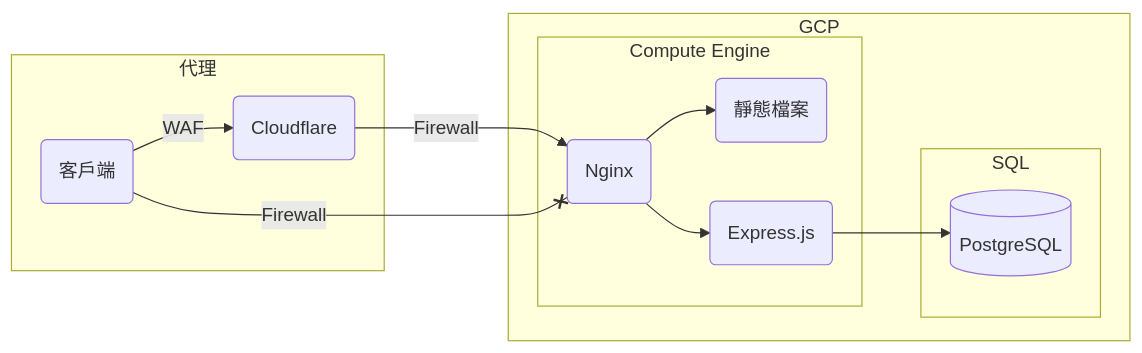
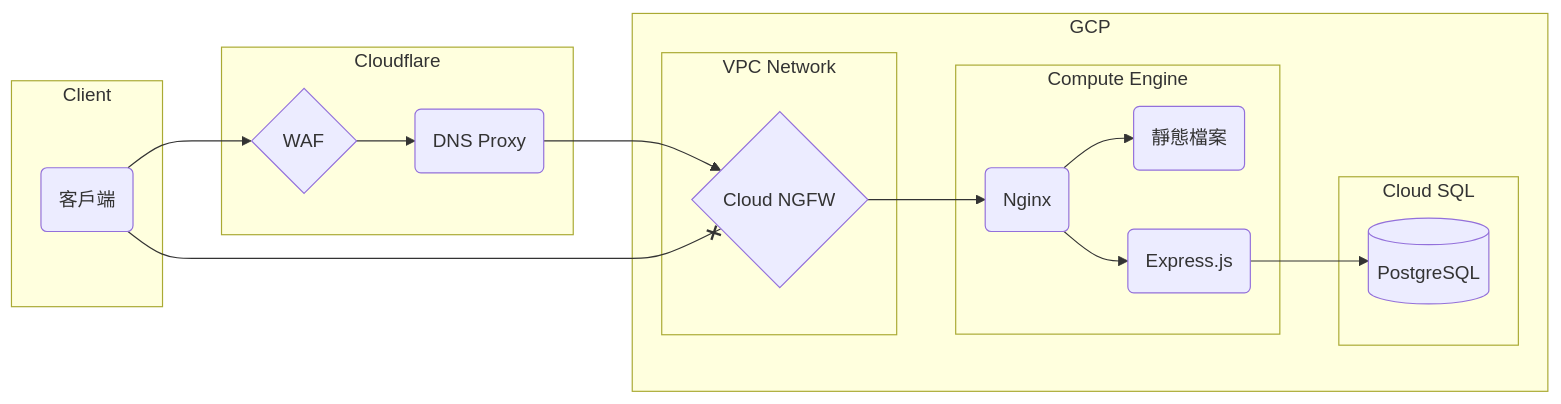
The diagram in README.md (xzihnago/donor-query-system), drawn with Mermaid before and after one commit. The commit also changed other lines of this file and 1 other file, not shown here.

````diff
--- a/README.md
+++ b/README.md
@@ -23,25 +23,35 @@
 ```mermaid
 graph LR
-    subgraph 代理
+    subgraph Client
         client(客戶端)
-        cf(Cloudflare)
-        client --> |WAF|cf
+    end
+
+    subgraph Cloudflare
+        proxy(DNS Proxy)
+        waf{WAF}
+        client --> waf
+        waf --> proxy
     end
 
     subgraph GCP
+        subgraph VPC[VPC Network]
+            ngfw{Cloud NGFW}
+            proxy --> ngfw
+            client --x ngfw
+        end
+
         subgraph CE[Compute Engine]
             ngx(Nginx)
             static(靜態檔案)
             express(Express.js)
-            cf --> |Firewall|ngx
-            client --x |Firewall|ngx
+            ngfw --> ngx
             ngx --> express
             ngx --> static
         end
 
-        subgraph SQL
+        subgraph SQL[Cloud SQL]
             pg[(PostgreSQL)]
             express --> pg
         end
     end
 ```
````
